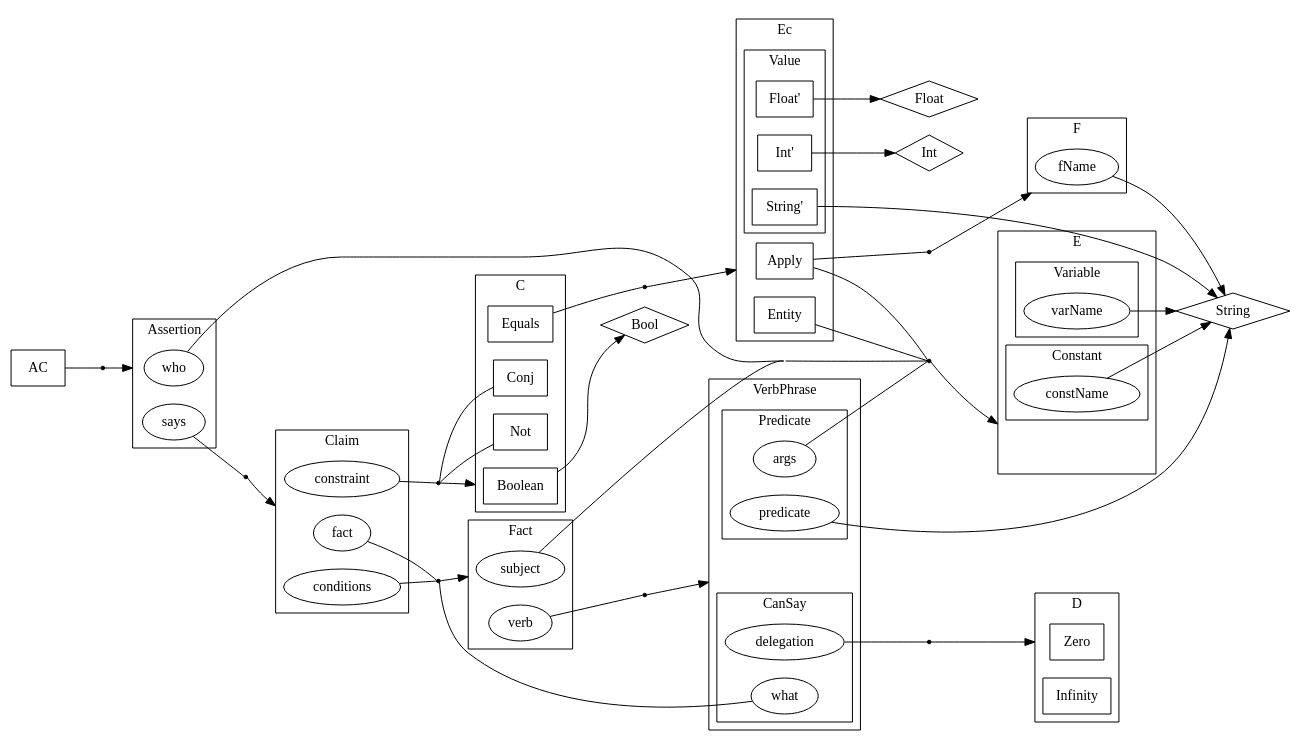
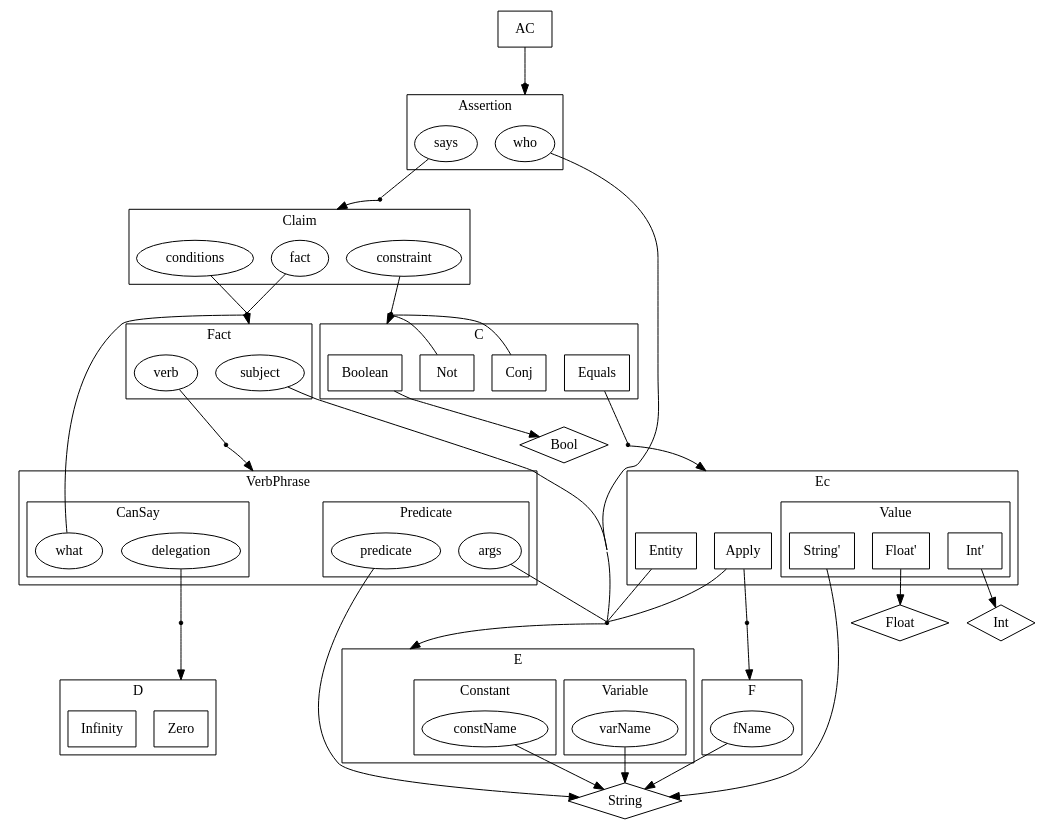
Before and after one commit to bogwonch/SecPAL: the diagram in doc/Language.dot, drawn with Graphviz. The commit also changed 2 other files, not shown here.

```diff
--- a/doc/Language.dot
+++ b/doc/Language.dot
@@ -1,140 +1,140 @@
 digraph SecPAL {
-    rankdir=LR;
+    //rankdir=LR;
     concentrate=true;
     overlap=false;
     splines=true;
     compound=true;  
 
     String [shape=diamond];
     Int [shape=diamond];
     Float [shape=diamond];
     Bool [shape=diamond];
 
     AC [shape=box];
 
     E [shape=point, size=0];
     subgraph cluster_e {
       label="E";
       e [style=invisible, size=0];
       subgraph cluster_variable {
         label="Variable";
         varName;
       }
       subgraph cluster_constant {
         label="Constant";
         constName;
       }
     }
     E -> e [lhead=cluster_e];
 
     D [shape=point, size=0];
     subgraph cluster_d {
       label="D";
       Zero [shape=box];
       Infinity [shape=box];
     }
     D -> Zero [lhead=cluster_d];
 
     VerbPhrase [shape=point, size=0];
     subgraph cluster_verbphrase {
       label="VerbPhrase";
       vp [style=invisible, size=0];
       subgraph cluster_predicate {
         label="Predicate";
         predicate;
         args;
       }
 
       subgraph cluster_cansay {
         label="CanSay";
         delegation;
         what;
       }
     }
     VerbPhrase -> vp [lhead=cluster_verbphrase];
     
     Fact [shape=point, size=0];
     subgraph cluster_fact {
       label="Fact";
       subject;
       verb;
     }
     Fact -> subject [lhead=cluster_fact];
 
     Claim [shape=point, size=0];
     subgraph cluster_claim {
       label="Claim";
       fact;
       conditions;
       constraint;
     }
     Claim -> fact [lhead=cluster_claim];
 
     Assertion [shape=point, size=0];
     subgraph cluster_assertion {
       label="Assertion";
       who;
       says;
     }
     Assertion -> who [lhead=cluster_assertion];
 
     F [shape=point, size=0];
     subgraph cluster_f {
       label="F";
       fName;
     }
     F->fName [lhead=cluster_f];
 
     C [shape=point, size=0];
     subgraph cluster_c {
       label="C";
       Boolean [shape=box];
       Conj [shape=box];
       Not [shape=box];
       Equals [shape=box];
     }
     C->Boolean [lhead=cluster_c];
 
     Ec [shape=point, size=0];
     subgraph cluster_ec {
       label="Ec";
 
       subgraph cluster_value {
         label="Value";
         Int1 [label="Int'", shape=box];
         Float1 [label="Float'", shape=box];
         String1 [label="String'", shape=box];
       }
 
       Apply [shape=box];
       Entity [shape=box];
     }
     Ec -> Apply [lhead=cluster_ec];
 
 
     AC -> Assertion [arrowhead=none];
     Apply -> E [arrowhead=none];
     Apply -> F [arrowhead=none];
     Boolean -> Bool;
     Conj -> C [arrowhead=none, constraint=false];
     Entity -> E [arrowhead=none];
     Equals -> Ec [arrowhead=none];
     Not -> C [arrowhead=none, constraint=false];
     args -> E [arrowhead=none];
     conditions->Fact [arrowhead=none];
     constName -> String;
     constraint->C [arrowhead=none];
     delegation->D [arrowhead=none];
     fName -> String;
     Float1 -> Float;
     String1 -> String;
     Int1 -> Int;
     fact->Fact [arrowhead=none];
     predicate->String;
     says->Claim [arrowhead=none];
     subject->E [arrowhead=none];
     varName -> String;
     verb->VerbPhrase [arrowhead=none];
     what->Fact [arrowhead=none];
     who->E [arrowhead=none];
 }
```
